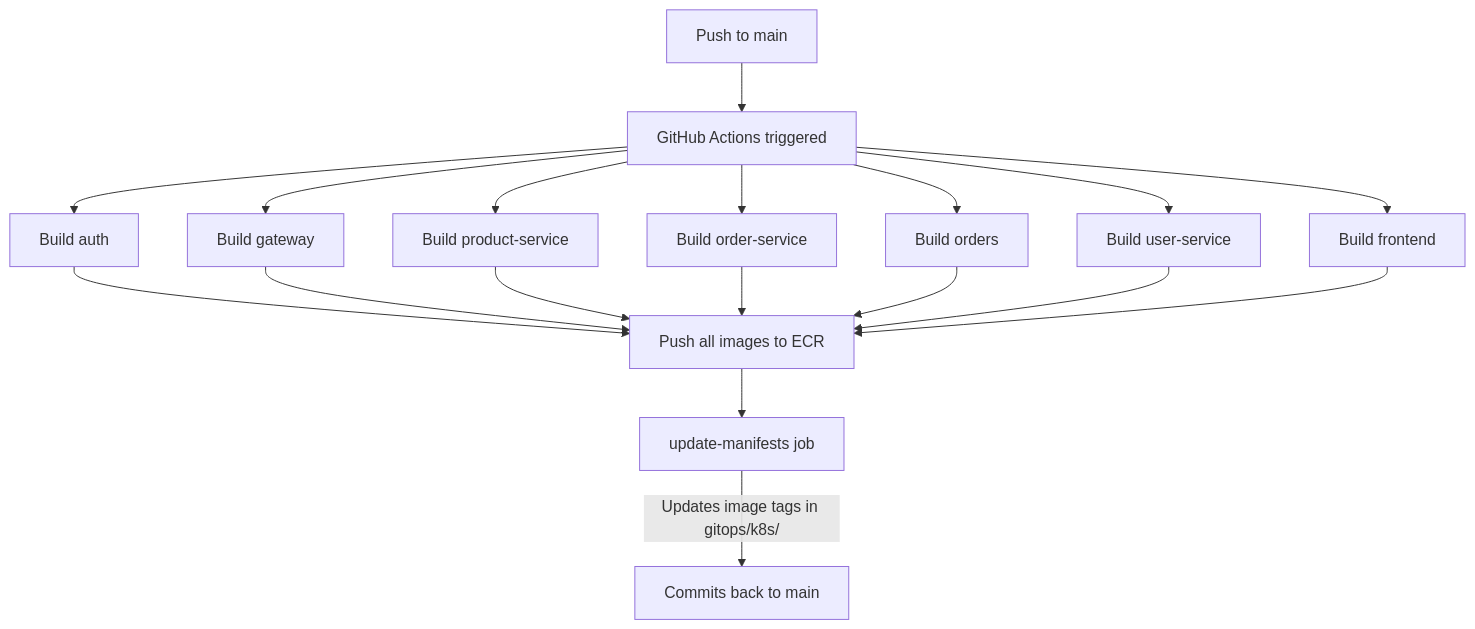
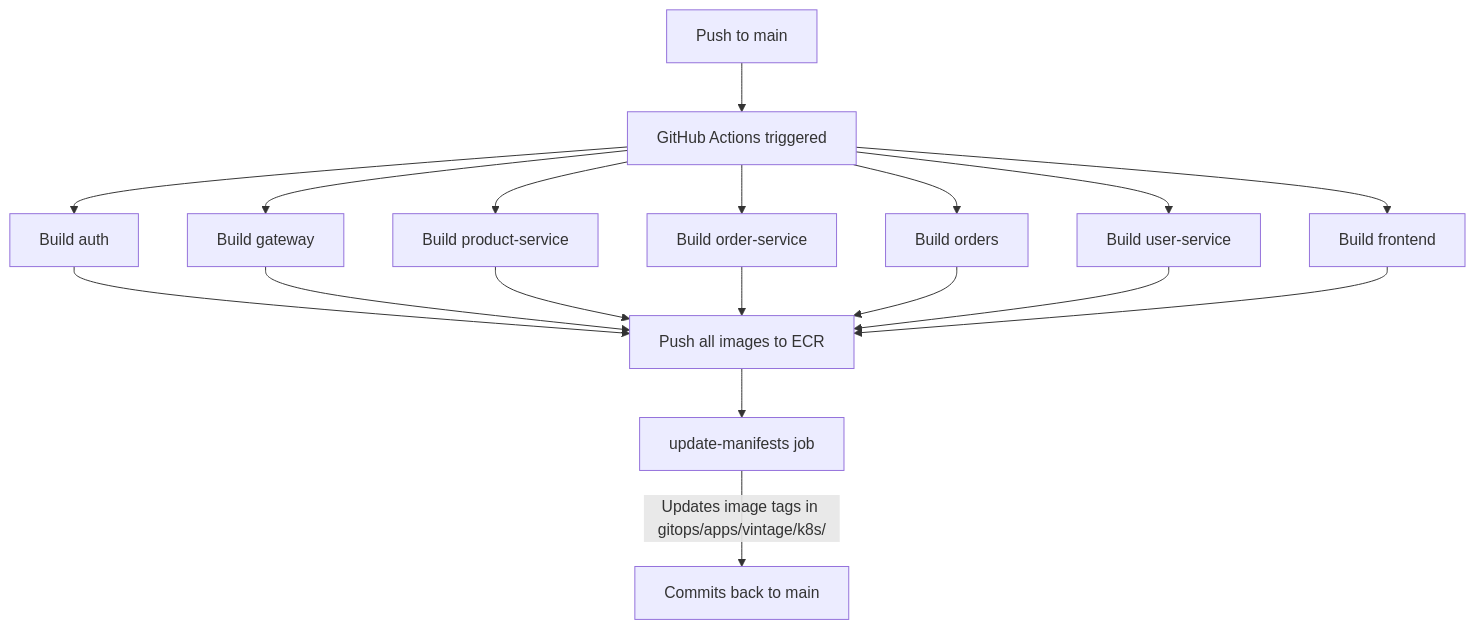
Before and after one commit to noidilin/hiraya: the fourth of 10 diagrams in docs/onboard.md, drawn with Mermaid. The commit also changed other lines of this file and 35 other files, not shown here.

````diff
--- a/docs/onboard.md
+++ b/docs/onboard.md
@@ -220,16 +220,16 @@
 ```mermaid
 flowchart TD
     Push[Push to main] --> Trigger[GitHub Actions triggered]
 
     Trigger --> B1[Build auth]
     Trigger --> B2[Build gateway]
     Trigger --> B3[Build product-service]
     Trigger --> B4[Build order-service]
     Trigger --> B5[Build orders]
     Trigger --> B6[Build user-service]
     Trigger --> B7[Build frontend]
 
     B1 & B2 & B3 & B4 & B5 & B6 & B7 --> Push2[Push all images to ECR]
     Push2 --> UM[update-manifests job]
-    UM --> |Updates image tags in gitops/k8s/| Commit[Commits back to main]
+    UM --> |Updates image tags in gitops/apps/vintage/k8s/| Commit[Commits back to main]
 ```
````
